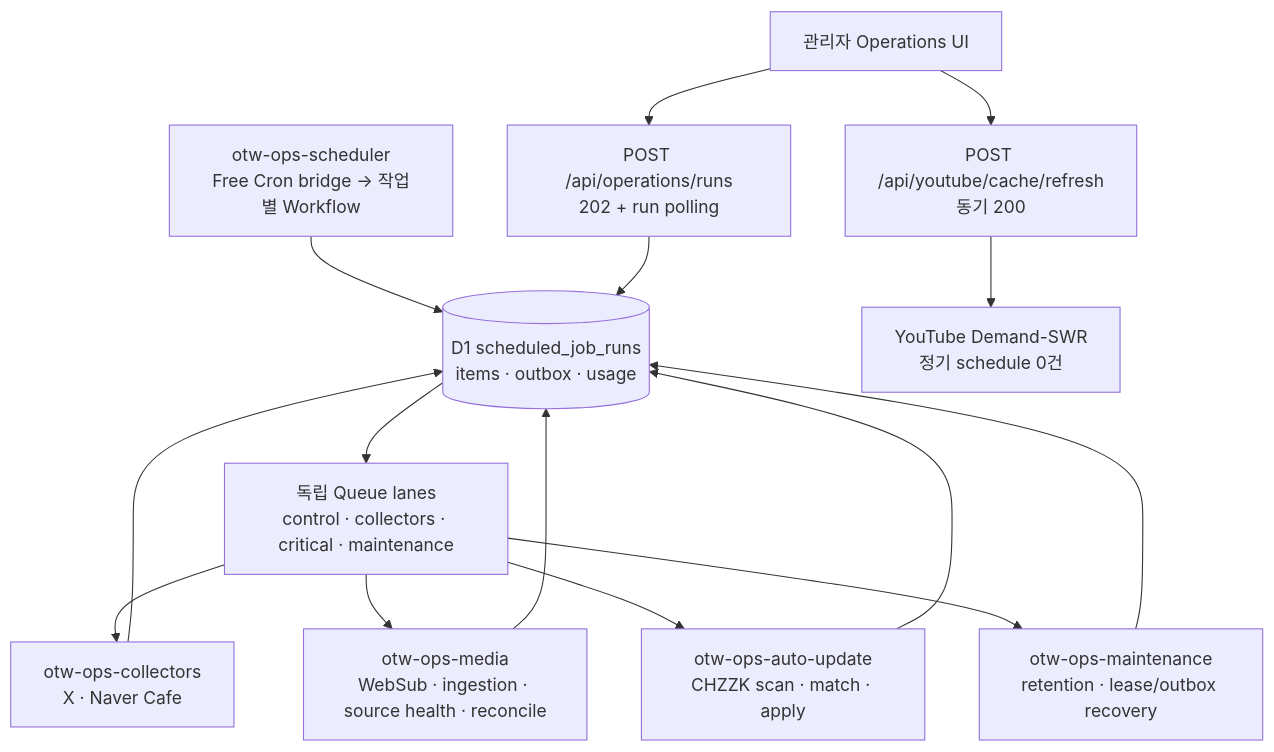
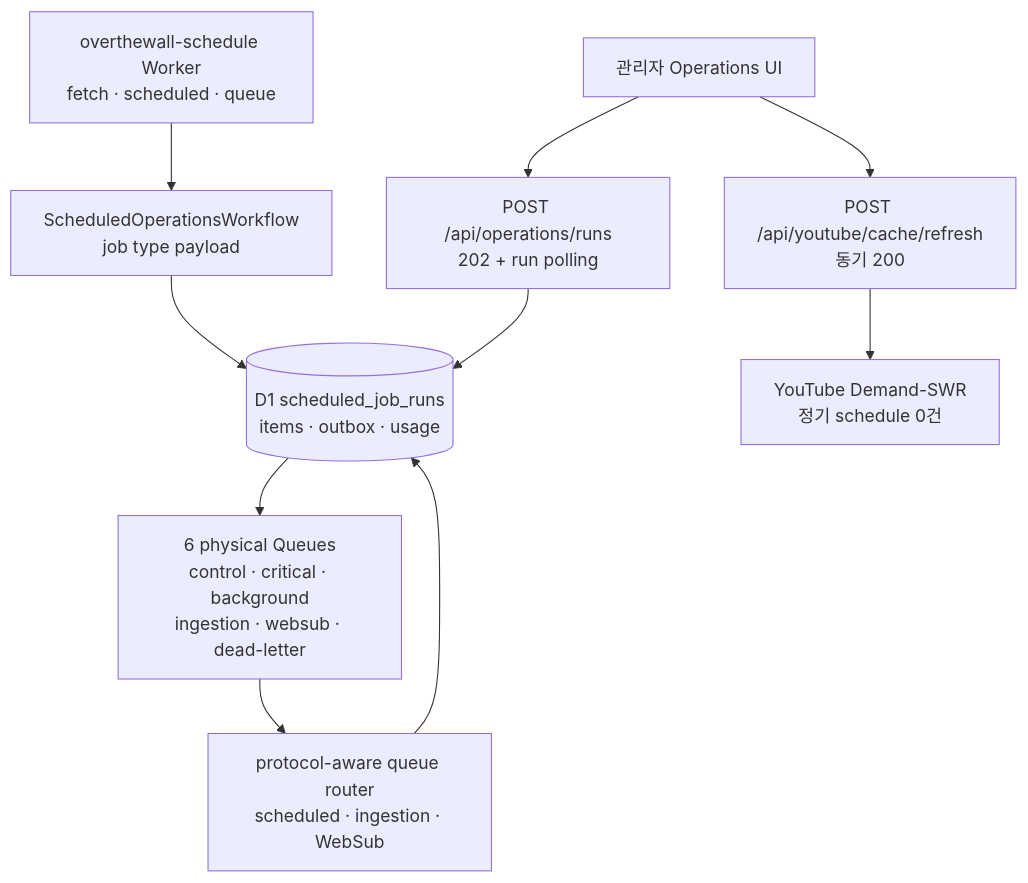
Before and after one commit to rlatmfrl24/overthewall-schedule: the ninth of 10 diagrams in docs/architecture.md, drawn with Mermaid. The commit also changed other lines of this file and 34 other files, not shown here.

````diff
--- a/docs/architecture.md
+++ b/docs/architecture.md
@@ -599,29 +599,22 @@
 ```mermaid
 flowchart TB
-  workflows["otw-ops-scheduler<br/>Free Cron bridge → 작업별 Workflow"]
+  runtime["overthewall-schedule Worker<br/>fetch · scheduled · queue"]
+  workflows["ScheduledOperationsWorkflow<br/>job type payload"]
   state[("D1 scheduled_job_runs<br/>items · outbox · usage")]
-  queues["독립 Queue lanes<br/>control · collectors · critical · maintenance"]
-  collectors["otw-ops-collectors<br/>X · Naver Cafe"]
-  media["otw-ops-media<br/>WebSub · ingestion · source health · reconcile"]
-  auto["otw-ops-auto-update<br/>CHZZK scan · match · apply"]
-  maintenance["otw-ops-maintenance<br/>retention · lease/outbox recovery"]
+  queues["6 physical Queues<br/>control · critical · background<br/>ingestion · websub · dead-letter"]
+  executor["protocol-aware queue router<br/>scheduled · ingestion · WebSub"]
   admin["관리자 Operations UI"]
   command["POST /api/operations/runs<br/>202 + run polling"]
   youtube["YouTube Demand-SWR<br/>정기 schedule 0건"]
   youtubeManual["POST /api/youtube/cache/refresh<br/>동기 200"]
 
+  runtime --> workflows
   workflows --> state
   state --> queues
-  queues --> collectors
-  queues --> media
-  queues --> auto
-  queues --> maintenance
-  collectors --> state
-  media --> state
-  auto --> state
-  maintenance --> state
+  queues --> executor
+  executor --> state
   admin --> command
   command --> state
   admin --> youtubeManual
   youtubeManual --> youtube
 ```
````
